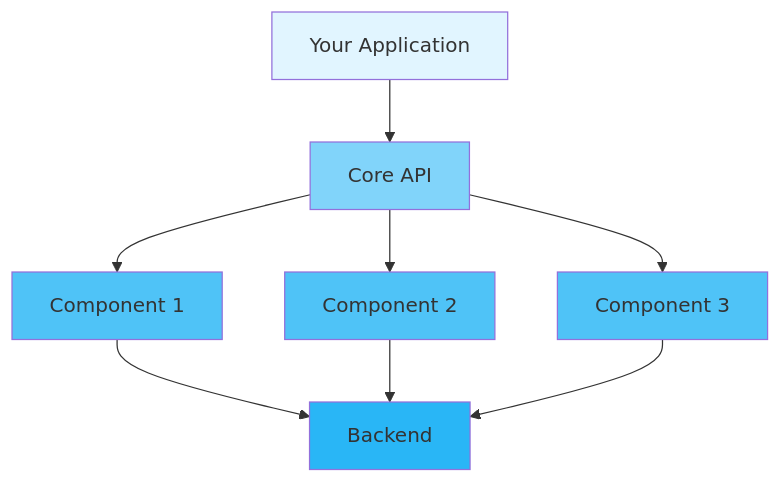
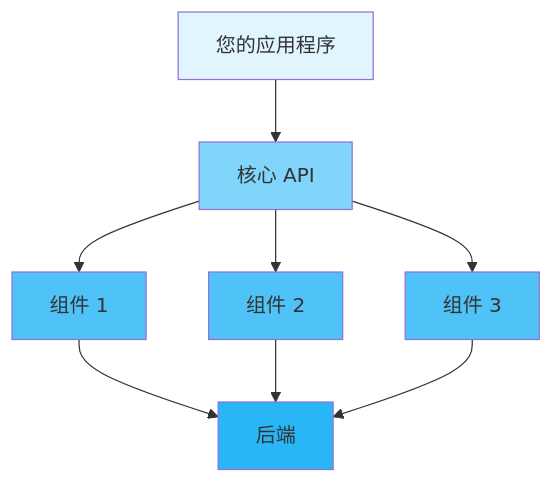
Before and after one commit to Kirky-X/inklog: the diagram in docs/USER_GUIDE.md, drawn with Mermaid. The commit also changed other lines of this file and 6 other files, not shown here.

````diff
--- a/docs/USER_GUIDE.md
+++ b/docs/USER_GUIDE.md
@@ -233,17 +233,17 @@
 ```mermaid
 graph TD
-    A[Your Application] --> B[Core API]
-    B --> C[Component 1]
-    B --> D[Component 2]
-    B --> E[Component 3]
-    C --> F[Backend]
+    A[您的应用程序] --> B[核心 API]
+    B --> C[组件 1]
+    B --> D[组件 2]
+    B --> E[组件 3]
+    C --> F[后端]
     D --> F
     E --> F
     
     style A fill:#e1f5ff
     style B fill:#81d4fa
     style C fill:#4fc3f7
     style D fill:#4fc3f7
     style E fill:#4fc3f7
     style F fill:#29b6f6
 ```
````
